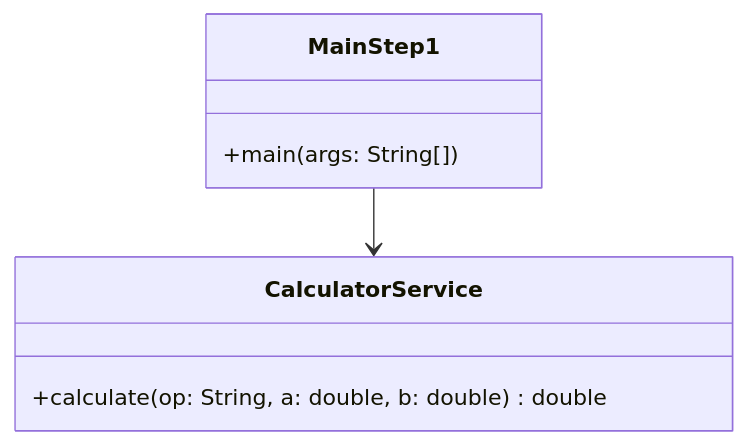
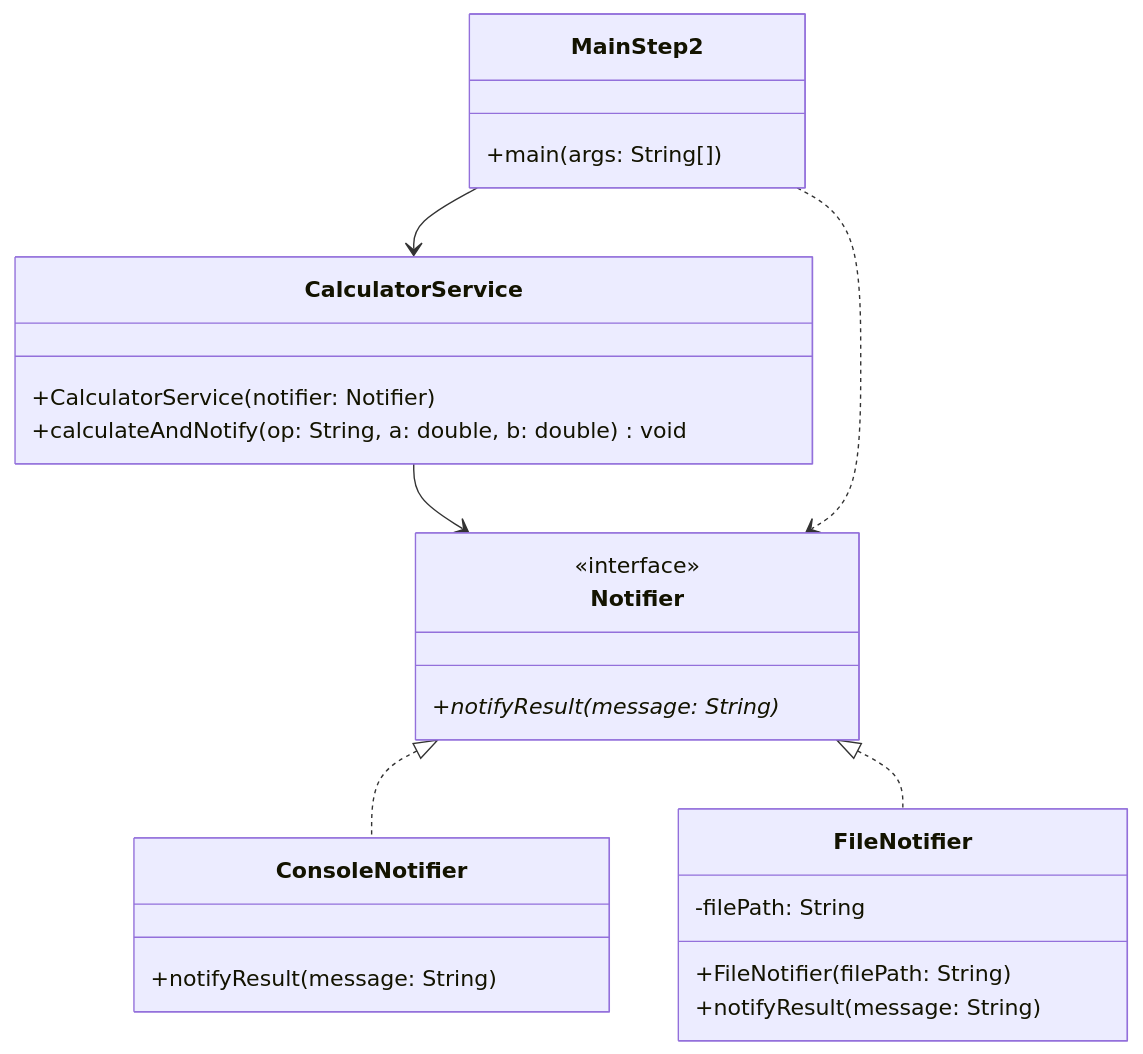
One commit to il-prof-f-a/operational-registry-git-example changed the diagram in operational-registry/docs/uml-class-diagram.mmd. Above: the diagram before and after it, drawn with Mermaid. The commit also changed 5 other files, not shown here.

```diff
--- a/operational-registry/docs/uml-class-diagram.mmd
+++ b/operational-registry/docs/uml-class-diagram.mmd
@@ -1,8 +1,26 @@
 classDiagram
-class MainStep1 {
+class Notifier {
+  <<interface>>
+  +notifyResult(message: String)*
+}
+class ConsoleNotifier {
+  +notifyResult(message: String)
+}
+class FileNotifier {
+  -filePath: String
+  +FileNotifier(filePath: String)
+  +notifyResult(message: String)
+}
+class CalculatorService {
+  +CalculatorService(notifier: Notifier)
+  +calculateAndNotify(op: String, a: double, b: double) void
+}
+class MainStep2 {
   +main(args: String[])
 }
-class CalculatorService {
-  +calculate(op: String, a: double, b: double) double
-}
-MainStep1 --> CalculatorService
+
+Notifier <|.. ConsoleNotifier
+Notifier <|.. FileNotifier
+CalculatorService --> Notifier
+MainStep2 --> CalculatorService
+MainStep2 ..> Notifier
```
